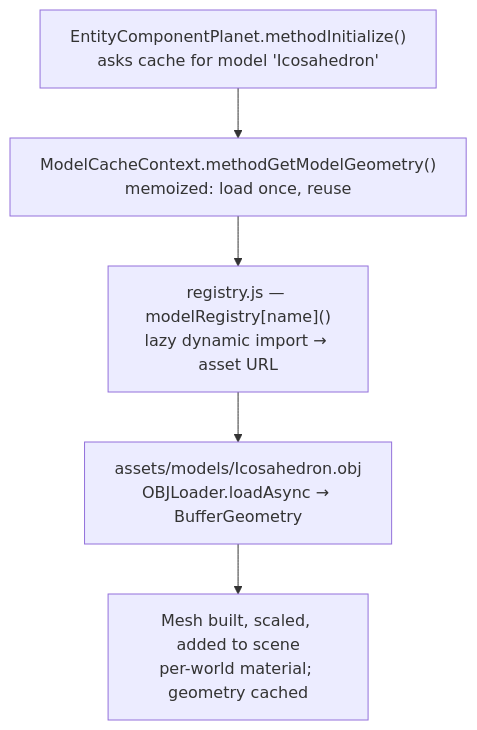
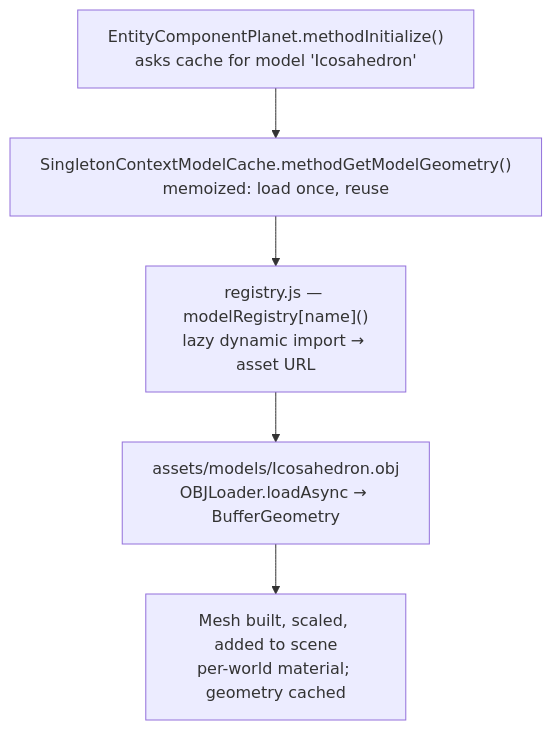
One commit to dilsency/ThreeJS-ECS-Planet changed the second of 2 diagrams in md/PLANET.md. Above: the diagram before and after it, drawn with Mermaid. The commit also changed other lines of this file and 21 other files, not shown here.

First line of the commit message:
Rename Context components: SingletonContext / MultiContext

````diff
--- a/md/PLANET.md
+++ b/md/PLANET.md
@@ -60,9 +60,9 @@
 ```mermaid
 flowchart TD
     A["EntityComponentPlanet.methodInitialize()<br/>asks cache for model 'Icosahedron'"]
-    B["ModelCacheContext.methodGetModelGeometry()<br/>memoized: load once, reuse"]
+    B["SingletonContextModelCache.methodGetModelGeometry()<br/>memoized: load once, reuse"]
     C["registry.js — modelRegistry[name]()<br/>lazy dynamic import → asset URL"]
     D["assets/models/Icosahedron.obj<br/>OBJLoader.loadAsync → BufferGeometry"]
     E["Mesh built, scaled, added to scene<br/>per-world material; geometry cached"]
     A --> B --> C --> D --> E
 ```
````
